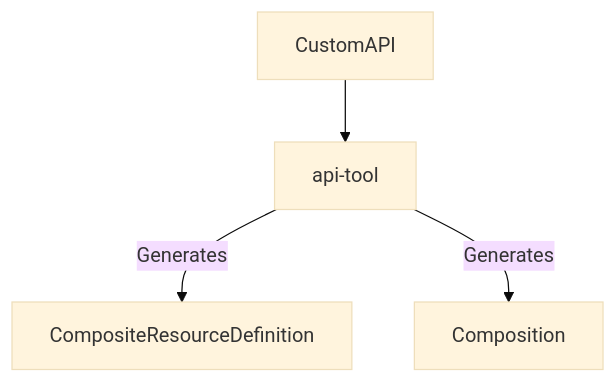
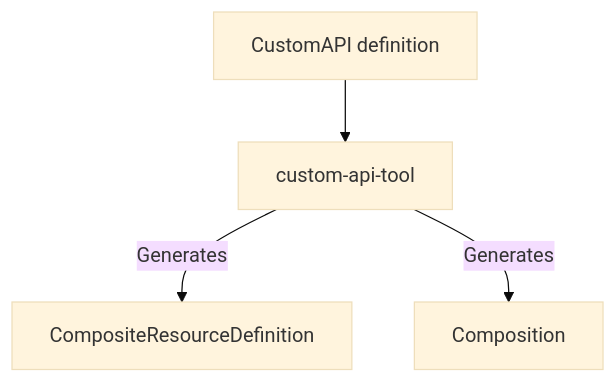
One commit to orvis98/custom-api-tool changed the diagram in README.md. Above: the diagram before and after it, drawn with Mermaid (base theme). The commit also changed other lines of this file and 10 other files, not shown here.

Commit message:
Rename api-tool -> custom-api-tool

````diff
--- a/README.md
+++ b/README.md
@@ -12,6 +12,6 @@
 ```mermaid
 graph TD;
-  CustomAPI --> api-tool;
-  api-tool -- Generates -->CompositeResourceDefinition;
-  api-tool -- Generates -->Composition;
+  CAD[CustomAPI definition] --> custom-api-tool;
+  custom-api-tool -- Generates -->CompositeResourceDefinition;
+  custom-api-tool -- Generates -->Composition;
 ```
````
